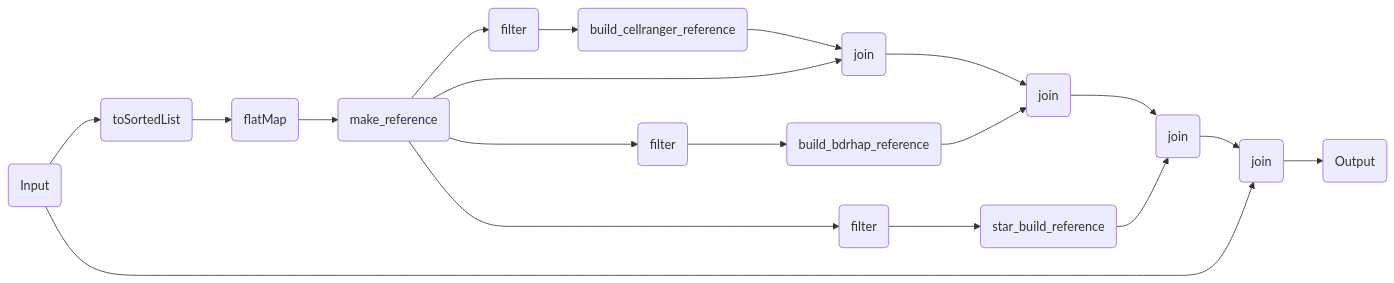
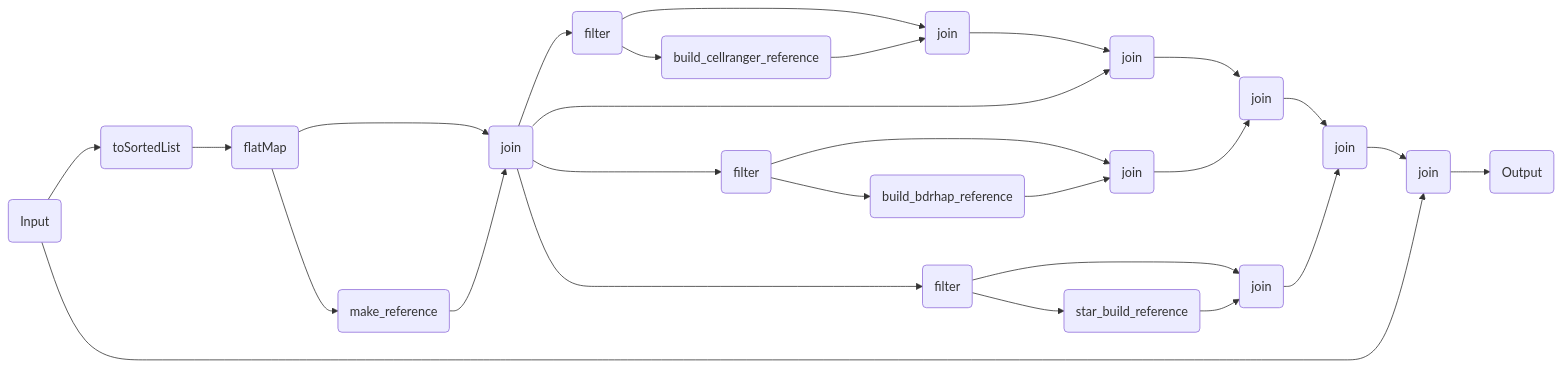
The diagram in components/workflows/ingestion/make_reference.qmd (openpipelines-bio/website), drawn with Mermaid before and after one commit. The commit also changed other lines of this file and 92 other files, not shown here.

````diff
--- a/components/workflows/ingestion/make_reference.qmd
+++ b/components/workflows/ingestion/make_reference.qmd
@@ -117,38 +117,50 @@
 ```{mermaid}
 %%| column: screen-inset-shaded
 flowchart LR
     p0(Input)
     p2(toSortedList)
     p4(flatMap)
-    p12(make_reference)
+    p11(make_reference)
+    p13(join)
     p17(filter)
-    p23(build_cellranger_reference)
+    p22(build_cellranger_reference)
+    p24(join)
     p54(join)
     p29(filter)
-    p35(build_bdrhap_reference)
+    p34(build_bdrhap_reference)
+    p36(join)
     p55(join)
     p41(filter)
-    p47(star_build_reference)
+    p46(star_build_reference)
+    p48(join)
     p56(join)
     p57(join)
     p62(Output)
     p54-->p55
     p55-->p56
     p56-->p57
     p0-->p2
     p2-->p4
-    p4-->p12
-    p12-->p17
-    p17-->p23
-    p23-->p54
-    p12-->p29
-    p29-->p35
-    p35-->p55
-    p12-->p41
-    p41-->p47
-    p47-->p56
+    p4-->p13
+    p4-->p11
+    p11-->p13
+    p13-->p17
+    p17-->p24
+    p17-->p22
+    p22-->p24
+    p24-->p54
+    p13-->p29
+    p29-->p36
+    p29-->p34
+    p34-->p36
+    p36-->p55
+    p13-->p41
+    p41-->p48
+    p41-->p46
+    p46-->p48
+    p48-->p56
     p0-->p57
-    p12-->p54
+    p13-->p54
     p57-->p62
 
 ```
````
